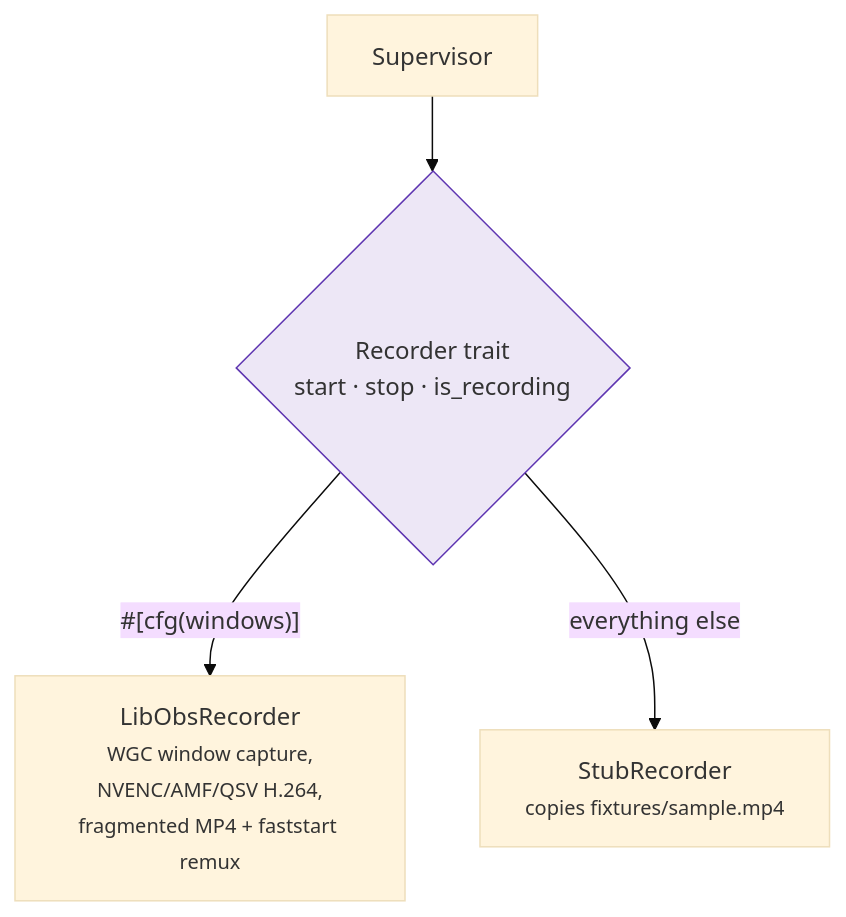
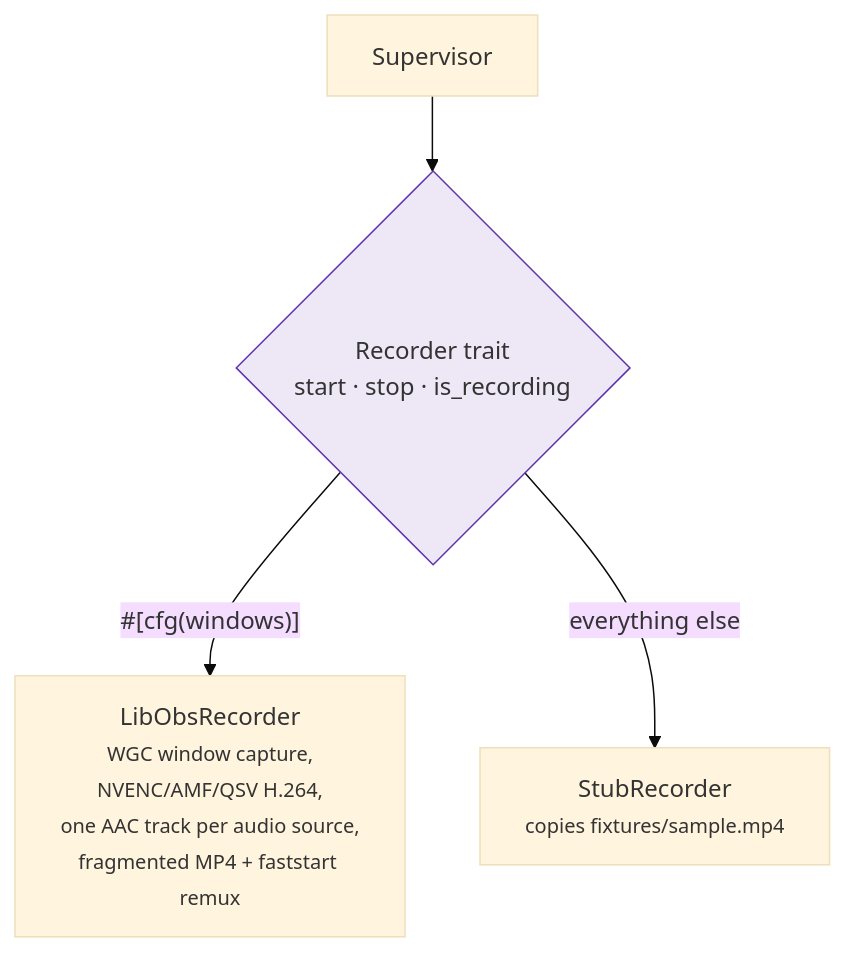
The third of 4 diagrams in docs/architecture.md (NinjaGoldfinch/ninja-recorder), drawn with Mermaid (base theme) before and after one commit. The commit also changed other lines of this file and 30 other files, not shown here.

````diff
--- a/docs/architecture.md
+++ b/docs/architecture.md
@@ -106,7 +106,7 @@
 ```mermaid
 flowchart TB
     SUP["Supervisor"] --> T{"Recorder trait<br/>start · stop · is_recording"}
-    T -->|"#[cfg(windows)]"| L["LibObsRecorder<br/><small>WGC window capture,<br/>NVENC/AMF/QSV H.264,<br/>fragmented MP4 + faststart remux</small>"]
+    T -->|"#[cfg(windows)]"| L["LibObsRecorder<br/><small>WGC window capture,<br/>NVENC/AMF/QSV H.264,<br/>one AAC track per audio source,<br/>fragmented MP4 + faststart remux</small>"]
     T -->|"everything else"| S["StubRecorder<br/><small>copies fixtures/sample.mp4</small>"]
     style T fill:#ede7f6,stroke:#5e35b1
 ```
````
